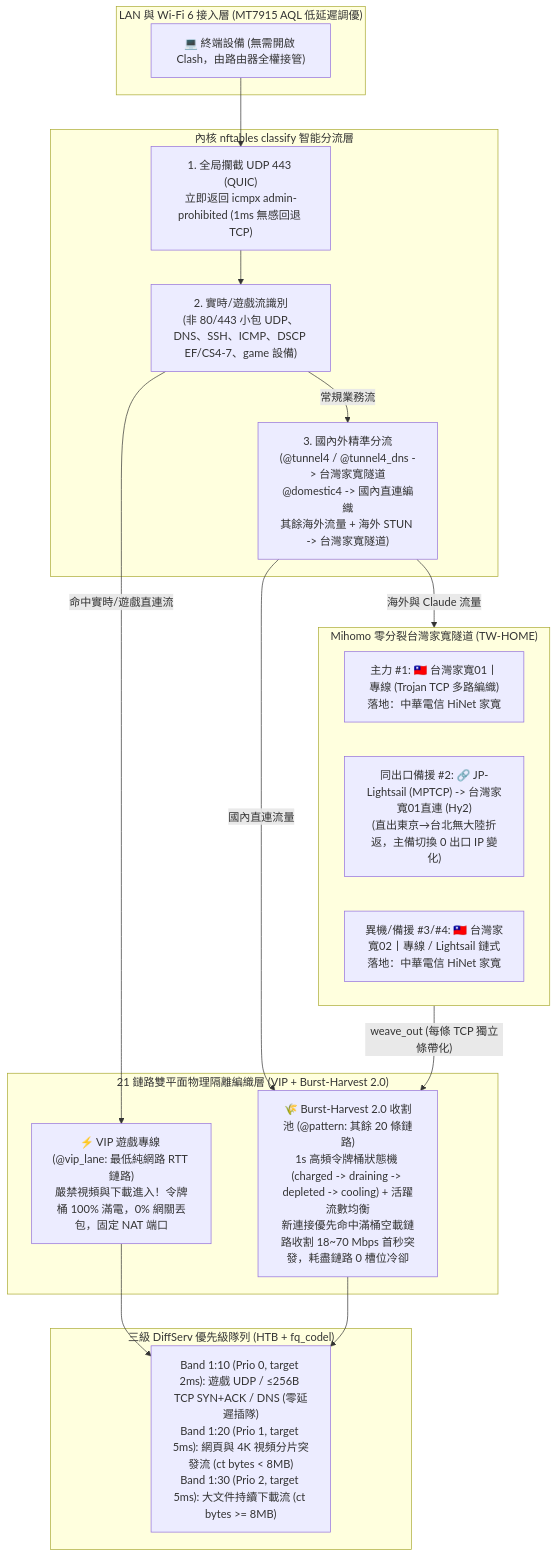
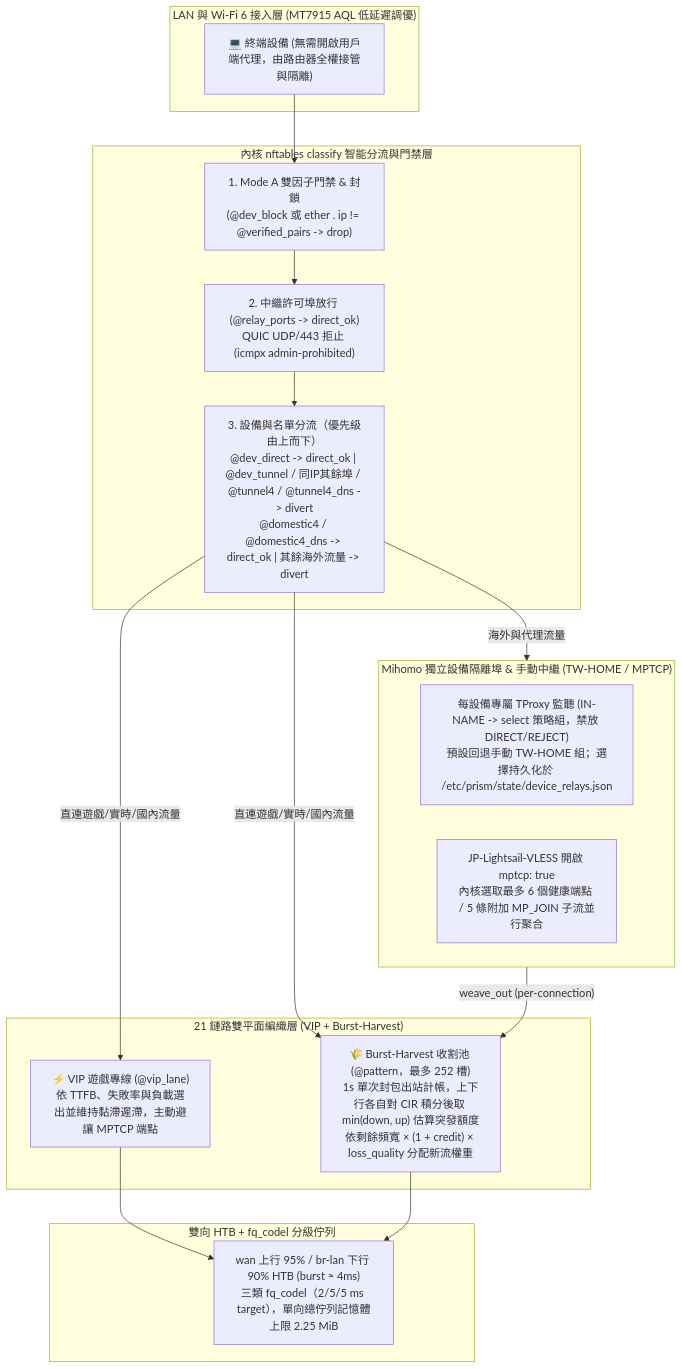
One commit to Chth1z/FuckWeb changed the diagram in README.md. Above: the diagram before and after it, drawn with Mermaid. The commit also changed other lines of this file and 6 other files, not shown here.

````diff
--- a/README.md
+++ b/README.md
@@ -16,35 +17,32 @@
 ```mermaid
 flowchart TB
     subgraph ClientLayer["LAN 與 Wi-Fi 6 接入層 (MT7915 AQL 低延遲調優)"]
-        PC["💻 終端設備 (無需開啟 Clash，由路由器全權接管)"]
+        LAN["💻 終端設備 (無需開啟用戶端代理，由路由器全權接管與隔離)"]
     end
 
-    subgraph ClassifyLayer["內核 nftables classify 智能分流層"]
-        QReject["1. 全局攔截 UDP 443 (QUIC)<br/>立即返回 icmpx admin-prohibited (1ms 無感回退 TCP)"]
-        GameCheck["2. 實時/遊戲流識別<br/>(非 80/443 小包 UDP、DNS、SSH、ICMP、DSCP EF/CS4-7、game 設備)"]
-        SplitCheck["3. 國內外精準分流<br/>(@tunnel4 / @tunnel4_dns -> 台灣家寬隧道<br/>@domestic4 -> 國內直連編織<br/>其餘海外流量 + 海外 STUN -> 台灣家寬隧道)"]
+    subgraph ClassifyLayer["內核 nftables classify 智能分流與門禁層"]
+        Admit["1. Mode A 雙因子門禁 & 封鎖<br/>(@dev_block 或 ether . ip != @verified_pairs -> drop)"]
+        RelayPort["2. 中繼許可埠放行 (@relay_ports -> direct_ok)<br/>QUIC UDP/443 拒止 (icmpx admin-prohibited)"]
+        SplitCheck["3. 設備與名單分流（優先級由上而下）<br/>@dev_direct -> direct_ok | @dev_tunnel / 同IP其餘埠 / @tunnel4 / @tunnel4_dns -> divert<br/>@domestic4 / @domestic4_dns -> direct_ok | 其餘海外流量 -> divert"]
     end
 
-    subgraph ProxyLayer["Mihomo 零分裂台灣家寬隧道 (TW-HOME)"]
-        TW1["主力 #1: 🇹🇼 台灣家寬01丨專線 (Trojan TCP 多路編織)<br/>落地：中華電信 HiNet 家寬"]
-        TW1_Chain["同出口備援 #2: 🔗 JP-Lightsail (MPTCP) -> 台灣家寬01直連 (Hy2)<br/>(直出東京→台北無大陸折返，主備切換 0 出口 IP 變化)"]
-        TW2["異機/備援 #3/#4: 🇹🇼 台灣家寬02丨專線 / Lightsail 鏈式<br/>落地：中華電信 HiNet 家寬"]
+    subgraph ProxyLayer["Mihomo 獨立設備隔離埠 & 手動中繼 (TW-HOME / MPTCP)"]
+        DevPort["每設備專屬 TProxy 監聽 (IN-NAME -> select 策略組，禁放 DIRECT/REJECT)<br/>預設回退手動 TW-HOME 組；選擇持久化於 /etc/prism/state/device_relays.json"]
+        MPTCP["JP-Lightsail-VLESS 開啟 mptcp: true<br/>內核選取最多 6 個健康端點 / 5 條附加 MP_JOIN 子流並行聚合"]
     end
 
-    subgraph WeaveLayer["21 鏈路雙平面物理隔離編織層 (VIP + Burst-Harvest 2.0)"]
-        VIPLane["⚡ VIP 遊戲專線 (@vip_lane: 最低純網路 RTT 鏈路)<br/>嚴禁視頻與下載進入！令牌桶 100% 滿電，0% 網關丟包，固定 NAT 端口"]
-        HarvestPool["🌾 Burst-Harvest 2.0 收割池 (@pattern: 其餘 20 條鏈路)<br/>1s 高頻令牌桶狀態機 (charged -> draining -> depleted -> cooling) + 活躍流數均衡<br/>新連接優先命中滿桶空載鏈路收割 18~70 Mbps 首秒突發，耗盡鏈路 0 槽位冷卻"]
+    subgraph WeaveLayer["21 鏈路雙平面編織層 (VIP + Burst-Harvest)"]
+        VIPLane["⚡ VIP 遊戲專線 (@vip_lane)<br/>依 TTFB、失敗率與負載選出並維持黏滯遲滯，主動避讓 MPTCP 端點"]
+        HarvestPool["🌾 Burst-Harvest 收割池 (@pattern，最多 252 槽)<br/>1s 單次封包出站計帳，上下行各自對 CIR 積分後取 min(down, up) 估算突發額度<br/>依剩餘頻寬 × (1 + credit) × loss_quality 分配新流權重"]
     end
 
-    subgraph QoSLayer["三級 DiffServ 優先級隊列 (HTB + fq_codel)"]
-        QoS["Band 1:10 (Prio 0, target 2ms): 遊戲 UDP / ≤256B TCP SYN+ACK / DNS (零延遲插隊)<br/>Band 1:20 (Prio 1, target 5ms): 網頁與 4K 視頻分片突發流 (ct bytes < 8MB)<br/>Band 1:30 (Prio 2, target 5ms): 大文件持續下載流 (ct bytes >= 8MB)"]
+    subgraph QoSLayer["雙向 HTB + fq_codel 分級佇列"]
+        QoS["wan 上行 95% / br-lan 下行 90% HTB (burst ≈ 4ms)<br/>三類 fq_codel（2/5/5 ms target），單向總佇列記憶體上限 2.25 MiB"]
     end
 
-    PC --> QReject --> GameCheck
-    GameCheck -->|"命中實時/遊戲直連流"| VIPLane
-    GameCheck -->|"常規業務流"| SplitCheck
-    SplitCheck -->|"海外與 Claude 流量"| ProxyLayer -->|"weave_out (每條 TCP 獨立條帶化)"| HarvestPool
-    SplitCheck -->|"國內直連流量"| HarvestPool
+    LAN --> Admit --> RelayPort --> SplitCheck
+    SplitCheck -->|"海外與代理流量"| ProxyLayer -->|"weave_out (per-connection)"| HarvestPool
+    SplitCheck -->|"直連遊戲/實時/國內流量"| VIPLane & HarvestPool
     VIPLane --> QoS
     HarvestPool --> QoS
 ```
````
